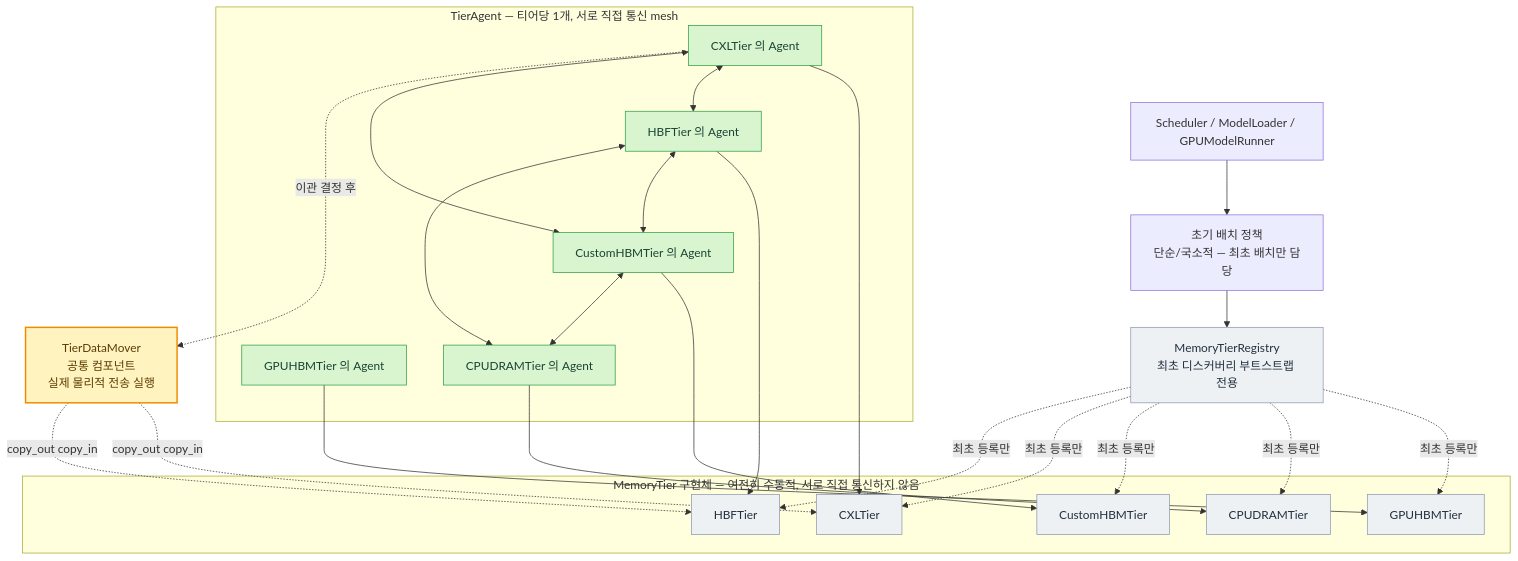
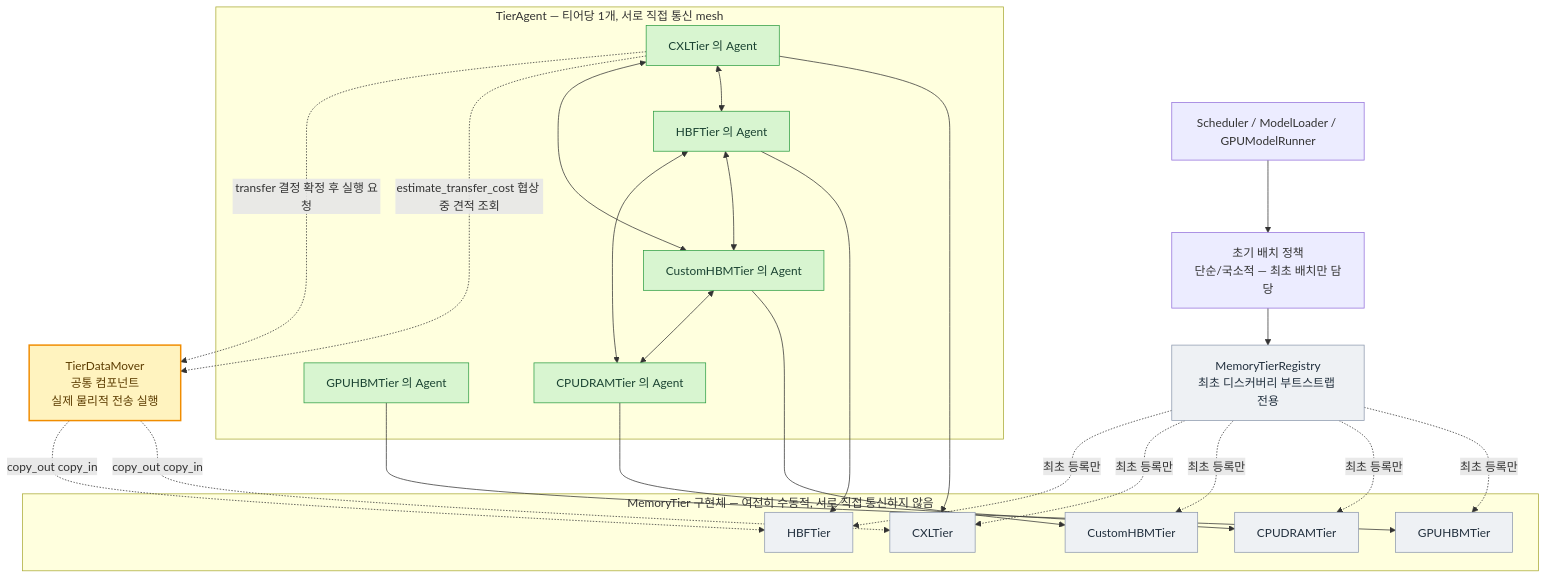
Before and after one commit to mkim0628/vllm: the third of 4 diagrams in doc-mk/vllm-memory-coordination-locus-candidates.md, drawn with Mermaid. The commit also changed other lines of this file and 3 other files, not shown here.

````diff
--- a/doc-mk/vllm-memory-coordination-locus-candidates.md
+++ b/doc-mk/vllm-memory-coordination-locus-candidates.md
@@ -182,55 +208,56 @@
 ```mermaid
 graph TD
     SCHED["Scheduler / ModelLoader / GPUModelRunner"]
     IPOLICY["초기 배치 정책<br/>단순/국소적 — 최초 배치만 담당"]
     REG["MemoryTierRegistry<br/>최초 디스커버리 부트스트랩 전용"]
     MOVER["TierDataMover<br/>공통 컴포넌트<br/>실제 물리적 전송 실행"]
 
     subgraph AGENTS["TierAgent — 티어당 1개, 서로 직접 통신 mesh"]
         GPUHBMA["GPUHBMTier 의 Agent"]
         DRAMA["CPUDRAMTier 의 Agent"]
         CUSTOMA["CustomHBMTier 의 Agent"]
         CXLA["CXLTier 의 Agent"]
         HBFA["HBFTier 의 Agent"]
     end
 
     subgraph TIERS["MemoryTier 구현체 — 여전히 수동적, 서로 직접 통신하지 않음"]
         GPUHBM["GPUHBMTier"]
         DRAMT["CPUDRAMTier"]
         CUSTOMT["CustomHBMTier"]
         CXLT["CXLTier"]
         HBFT["HBFTier"]
     end
 
     SCHED --> IPOLICY --> REG
     REG -. "최초 등록만" .-> GPUHBM
     REG -. "최초 등록만" .-> DRAMT
     REG -. "최초 등록만" .-> CUSTOMT
     REG -. "최초 등록만" .-> CXLT
     REG -. "최초 등록만" .-> HBFT
 
     GPUHBMA --> GPUHBM
     DRAMA --> DRAMT
     CUSTOMA --> CUSTOMT
     CXLA --> CXLT
     HBFA --> HBFT
 
     CXLA <--> HBFA
     CXLA <--> CUSTOMA
     HBFA <--> CUSTOMA
     HBFA <--> DRAMA
     CUSTOMA <--> DRAMA
 
-    CXLA -. "이관 결정 후" .-> MOVER
+    CXLA -. "estimate_transfer_cost 협상 중 견적 조회" .-> MOVER
+    CXLA -. "transfer 결정 확정 후 실행 요청" .-> MOVER
     MOVER -. "copy_out copy_in" .-> CXLT
     MOVER -. "copy_out copy_in" .-> HBFT
 
     classDef tierBox fill:#eef1f4,stroke:#8d99ae,color:#22303e,stroke-width:1px;
     classDef agentBox fill:#d8f5d0,stroke:#2f9e44,color:#1b4332,stroke-width:1px;
     classDef regBox fill:#eef1f4,stroke:#8d99ae,color:#22303e,stroke-width:1px;
     classDef moverBox fill:#fff3bf,stroke:#f08c00,color:#5c3c00,stroke-width:2px;
     class GPUHBM,DRAMT,CUSTOMT,CXLT,HBFT tierBox
     class GPUHBMA,DRAMA,CUSTOMA,CXLA,HBFA agentBox
     class REG regBox
     class MOVER moverBox
 ```
````
